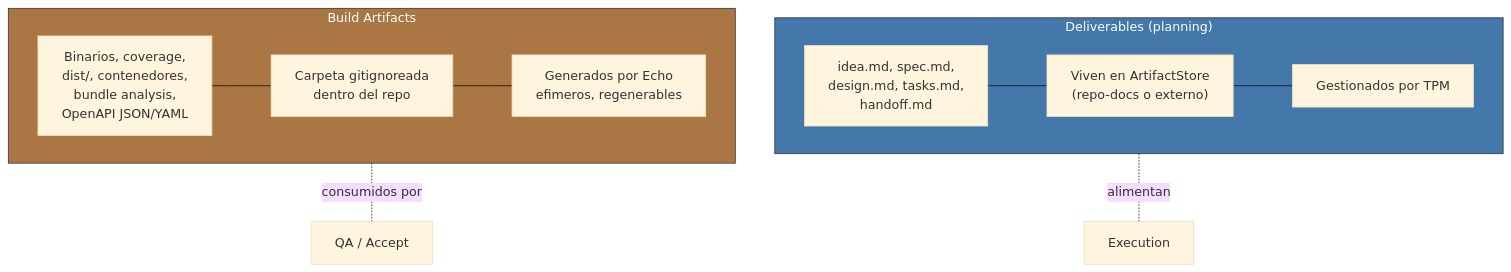
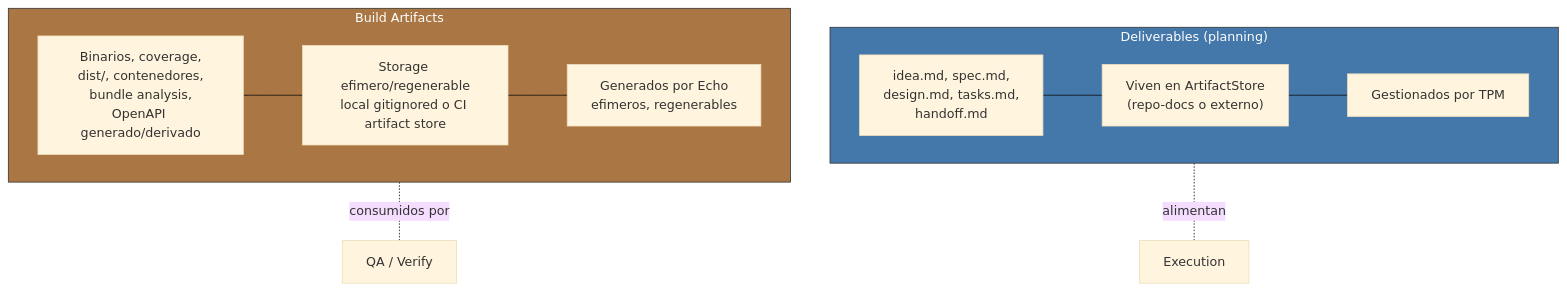
Before and after one commit to virgenherrera/virgil: diagram 14 of 48 in principia/overview.md, drawn with Mermaid (base theme). The commit also changed other lines of this file, not shown here.

````diff
--- a/principia/overview.md
+++ b/principia/overview.md
@@ -546,23 +584,23 @@
 ```mermaid
 flowchart TD
     subgraph DELIVERABLES["Deliverables (planning)"]
         PA["idea.md, spec.md,\ndesign.md, tasks.md,\nhandoff.md"]
         PA_WHERE["Viven en ArtifactStore\n(repo-docs o externo)"]
         PA_WHO["Gestionados por TPM"]
     end
 
     subgraph BUILDART["Build Artifacts"]
-        BA["Binarios, coverage,\ndist/, contenedores,\nbundle analysis,\nOpenAPI JSON/YAML"]
-        BA_WHERE["Carpeta gitignoreada\ndentro del repo"]
+        BA["Binarios, coverage,\ndist/, contenedores,\nbundle analysis,\nOpenAPI generado/derivado"]
+        BA_WHERE["Storage efimero/regenerable\nlocal gitignored o CI artifact store"]
         BA_WHO["Generados por Echo\nefimeros, regenerables"]
     end
 
     PA --- PA_WHERE --- PA_WHO
     BA --- BA_WHERE --- BA_WHO
 
     DELIVERABLES -.-|"alimentan"| EXECUTION["Execution"]
-    BUILDART -.-|"consumidos por"| QA["QA / Accept"]
+    BUILDART -.-|"consumidos por"| QA["QA / Verify"]
 
     style DELIVERABLES fill:#47a,stroke:#333,color:#fff
     style BUILDART fill:#a74,stroke:#333,color:#fff
 ```
````
